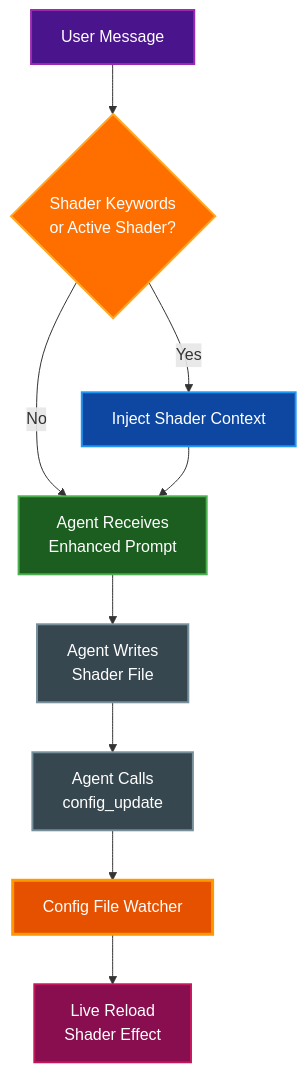
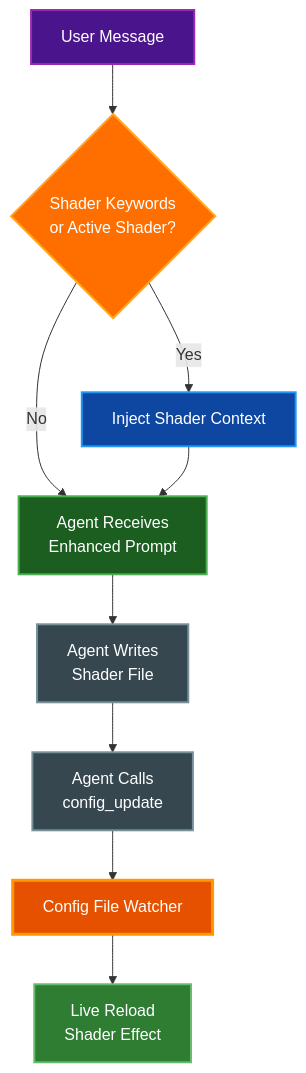
Before and after one commit to paulrobello/par-term: the third of 3 diagrams in docs/ASSISTANT_PANEL.md, drawn with Mermaid. The commit also changed other lines of this file and 40 other files, not shown here.

First line of the commit message:
docs: sync docs/ to implementation; fix CLAUDE.md dep graph

````diff
--- a/docs/ASSISTANT_PANEL.md
+++ b/docs/ASSISTANT_PANEL.md
@@ -587,29 +591,36 @@
 ```mermaid
 graph TD
     User[User Message]
     Detect{Shader Keywords<br/>or Active Shader?}
     Inject[Inject Shader Context]
     Agent[Agent Receives<br/>Enhanced Prompt]
     Write[Agent Writes<br/>Shader File]
     Config[Agent Calls<br/>config_update]
     Watch[Config File Watcher]
     Reload[Live Reload<br/>Shader Effect]
 
     User --> Detect
     Detect -->|Yes| Inject
     Detect -->|No| Agent
     Inject --> Agent
     Agent --> Write
     Write --> Config
     Config --> Watch
     Watch --> Reload
 
-    style User fill:#4a148c,stroke:#9c27b0,stroke-width:2px,color:#ffffff
-    style Detect fill:#ff6f00,stroke:#ffa726,stroke-width:2px,color:#ffffff
-    style Inject fill:#0d47a1,stroke:#2196f3,stroke-width:2px,color:#ffffff
-    style Agent fill:#1b5e20,stroke:#4caf50,stroke-width:2px,color:#ffffff
-    style Write fill:#37474f,stroke:#78909c,stroke-width:2px,color:#ffffff
-    style Config fill:#37474f,stroke:#78909c,stroke-width:2px,color:#ffffff
-    style Watch fill:#e65100,stroke:#ff9800,stroke-width:3px,color:#ffffff
-    style Reload fill:#880e4f,stroke:#c2185b,stroke-width:2px,color:#ffffff
+    class User external
+    class Detect warning
+    class Inject data
+    class Agent active
+    class Write,Config neutral
+    class Watch primary
+    class Reload success
+
+    classDef external fill:#4a148c,stroke:#9c27b0,stroke-width:2px,color:#ffffff
+    classDef warning fill:#ff6f00,stroke:#ffa726,stroke-width:2px,color:#ffffff
+    classDef data fill:#0d47a1,stroke:#2196f3,stroke-width:2px,color:#ffffff
+    classDef active fill:#1b5e20,stroke:#4caf50,stroke-width:2px,color:#ffffff
+    classDef neutral fill:#37474f,stroke:#78909c,stroke-width:2px,color:#ffffff
+    classDef primary fill:#e65100,stroke:#ff9800,stroke-width:3px,color:#ffffff
+    classDef success fill:#2e7d32,stroke:#66bb6a,stroke-width:2px,color:#ffffff
 ```
````
